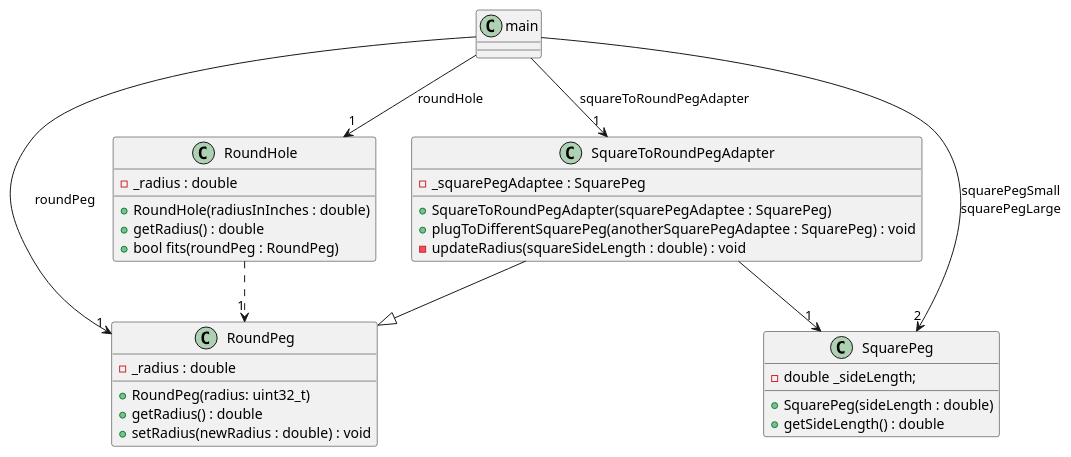
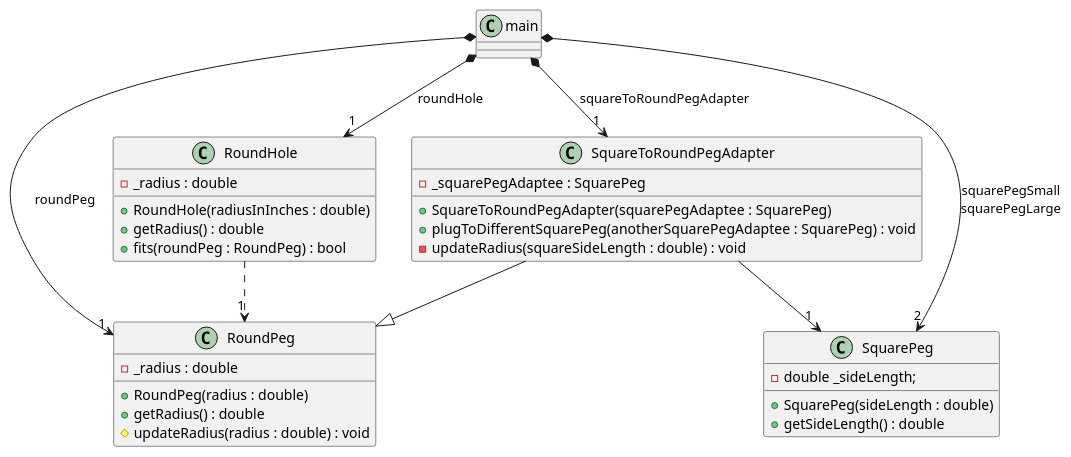
The diagram in Design_Patterns_CPP/Structural/Adapter/Object_adapter_with_reference_wrapper_without_polymorphism_CPP_14/object_adapter-class_diagram.puml (kyberdrb/CLionProjects), drawn with PlantUML before and after one commit. The commit also changed 52 other files, not shown here.

```diff
--- a/Design_Patterns_CPP/Structural/Adapter/Object_adapter_with_reference_wrapper_without_polymorphism_CPP_14/object_adapter-class_diagram.puml
+++ b/Design_Patterns_CPP/Structural/Adapter/Object_adapter_with_reference_wrapper_without_polymorphism_CPP_14/object_adapter-class_diagram.puml
@@ -1,48 +1,48 @@
 @startuml
 'https://plantuml.com/class-diagram
 
 class main
 
 class RoundHole {
     + RoundHole(radiusInInches : double)
     + getRadius() : double
-    + bool fits(roundPeg : RoundPeg)
+    + fits(roundPeg : RoundPeg) : bool
 
     - _radius : double
 }
 
-main --> "1" RoundHole : roundHole
+main *--> "1" RoundHole : roundHole
 RoundHole ..> "1" RoundPeg
 
 class RoundPeg {
-    + RoundPeg(radius: uint32_t)
+    + RoundPeg(radius : double)
     + getRadius() : double
-    + setRadius(newRadius : double) : void
+    # updateRadius(radius : double) : void
 
     - _radius : double
 }
 
-main --> "1" RoundPeg : roundPeg
+main *--> "1" RoundPeg : roundPeg
 
 class SquarePeg {
     + SquarePeg(sideLength : double)
     + getSideLength() : double
 
     - double _sideLength;
 }
 
-main --> "2" SquarePeg : squarePegSmall\nsquarePegLarge
+main *--> "2" SquarePeg : squarePegSmall\nsquarePegLarge
 
 class SquareToRoundPegAdapter {
     + SquareToRoundPegAdapter(squarePegAdaptee : SquarePeg)
     + plugToDifferentSquarePeg(anotherSquarePegAdaptee : SquarePeg) : void
 
     - _squarePegAdaptee : SquarePeg
     - updateRadius(squareSideLength : double) : void
 }
 
-main --> "1" SquareToRoundPegAdapter : squareToRoundPegAdapter
+main *--> "1" SquareToRoundPegAdapter : squareToRoundPegAdapter
 SquareToRoundPegAdapter --|> RoundPeg
 SquareToRoundPegAdapter --> "1" SquarePeg
 
 @enduml
```
